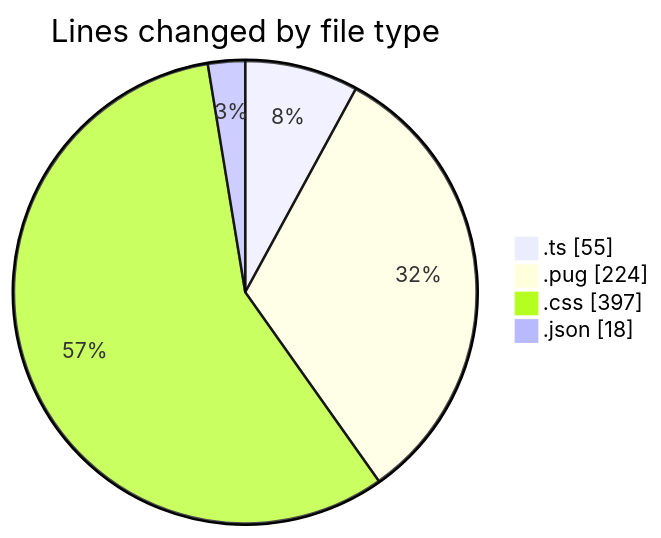
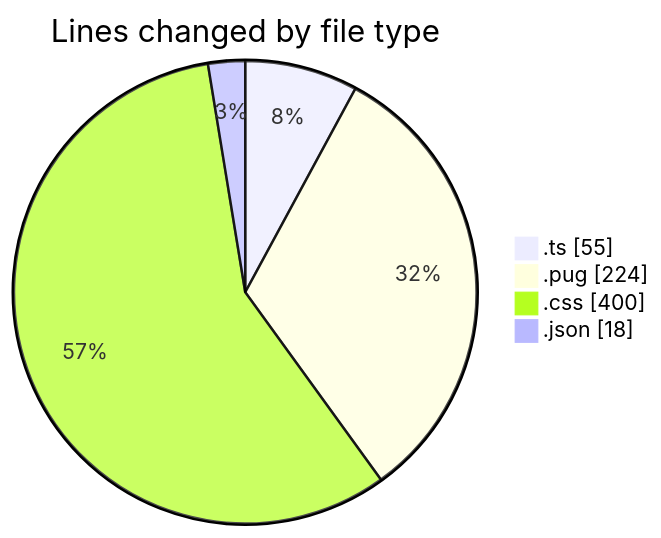
One commit to momahboobian/code-tracking changed the first of 2 diagrams in 2025-10-31/cda/README.md. Above: the diagram before and after it, drawn with Mermaid. The commit also changed other lines of this file and 1 other file, not shown here.

````diff
--- a/2025-10-31/cda/README.md
+++ b/2025-10-31/cda/README.md
@@ -25,8 +25,8 @@
 ```mermaid
 pie showData
 title Lines changed by file type
 ".ts" : 55
 ".pug" : 224
-".css" : 397
+".css" : 400
 ".json" : 18
 ```
````
